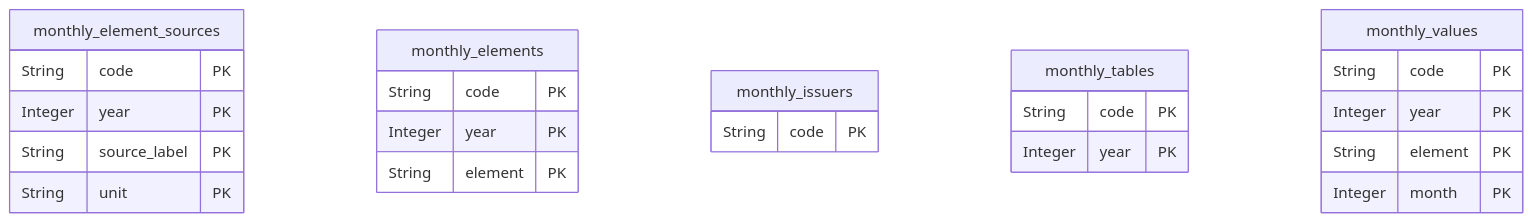
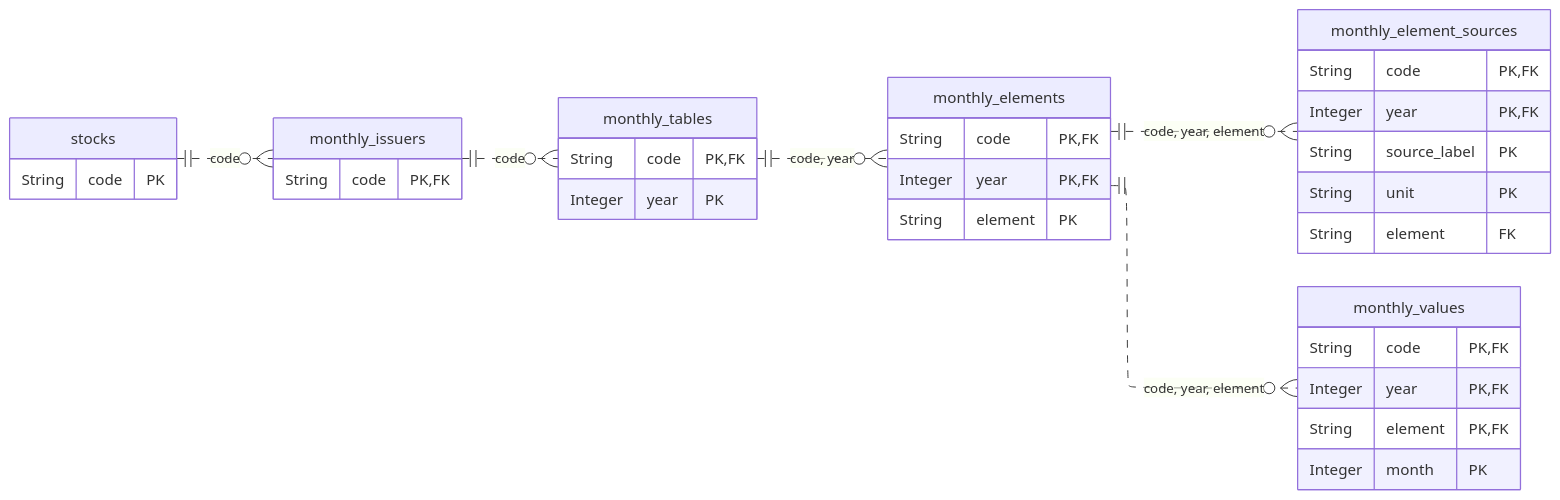
The diagram in docs/schema/monthly.md (pekumirui/stock-analyzer), drawn with Mermaid before and after one commit. The commit also changed other lines of this file and 15 other files, not shown here.

First line of the commit message:
improve(KAB-495): 全テーブルの参照をモデルに宣言し、ER 図に全部の線を出す (#1579)

````diff
--- a/docs/schema/monthly.md
+++ b/docs/schema/monthly.md
@@ -7,27 +7,41 @@
 ```mermaid
+---
+config:
+  layout: elk
+---
 erDiagram
+  direction LR
   monthly_element_sources {
-    String code PK
-    Integer year PK
+    String code PK, FK
+    Integer year PK, FK
     String source_label PK
     String unit PK
+    String element FK
   }
   monthly_elements {
-    String code PK
-    Integer year PK
+    String code PK, FK
+    Integer year PK, FK
     String element PK
   }
   monthly_issuers {
-    String code PK
+    String code PK, FK
   }
   monthly_tables {
-    String code PK
+    String code PK, FK
     Integer year PK
   }
   monthly_values {
-    String code PK
-    Integer year PK
-    String element PK
+    String code PK, FK
+    Integer year PK, FK
+    String element PK, FK
     Integer month PK
   }
+  stocks {
+    String code PK
+  }
+  monthly_elements ||..o{ monthly_element_sources : "code, year, element"
+  monthly_elements ||..o{ monthly_values : "code, year, element"
+  monthly_issuers ||..o{ monthly_tables : code
+  monthly_tables ||..o{ monthly_elements : "code, year"
+  stocks ||..o{ monthly_issuers : code
 ```
````
